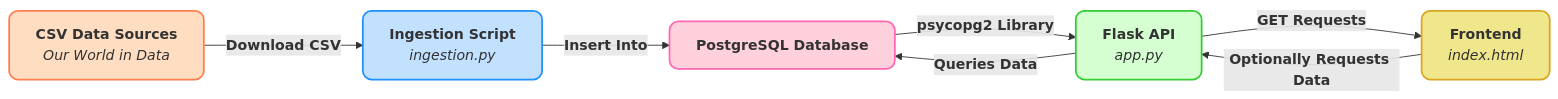
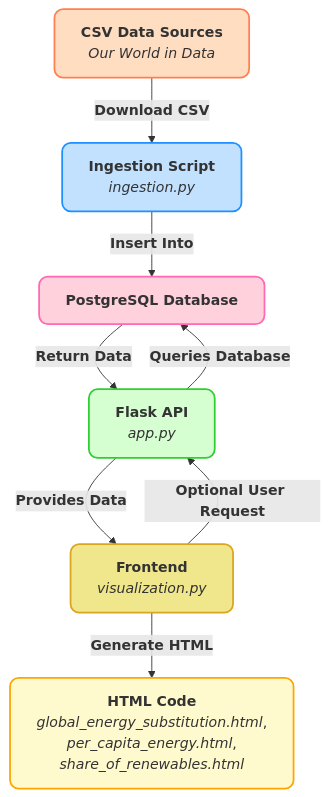
One commit to cbilinski101/Project-3 changed the first of 3 diagrams in README.md. Above: the diagram before and after it, drawn with Mermaid.

Commit message:
Flowchart Update

````diff
--- a/README.md
+++ b/README.md
@@ -172,16 +172,20 @@
 ```mermaid
 %% Modern Themed Flowchart
-flowchart LR
+flowchart TB
 style A fill:#FFDDC1,stroke:#FF7F50,stroke-width:2px,rx:10px,ry:10px
 style B fill:#C1E1FF,stroke:#1E90FF,stroke-width:2px,rx:10px,ry:10px
 style C fill:#FFD1DC,stroke:#FF69B4,stroke-width:2px,rx:10px,ry:10px
 style D fill:#D5FFD1,stroke:#32CD32,stroke-width:2px,rx:10px,ry:10px
 style E fill:#F0E68C,stroke:#DAA520,stroke-width:2px,rx:10px,ry:10px
+style F fill:#FFFACD,stroke:#FFA500,stroke-width:2px,rx:10px,ry:10px
 
 A["<b>CSV Data Sources</b><br><i>Our World in Data</i>"] -->|<b>Download CSV</b>| B[<b>Ingestion Script</b><br><i>ingestion.py</i>]
 B -->|<b>Insert Into</b>| C[<b>PostgreSQL Database</b>]
-C -->|<b>psycopg2 Library</b>| D[<b>Flask API</b><br><i>app.py</i>]
-D -->|<b>GET Requests</b>| E[<b>Frontend</b><br><i>index.html</i>]
-E -->|<b>Optionally Requests Data</b>| D
-D -->|<b>Queries Data</b>| C
+C -->|<b>Return Data</b>| D[<b>Flask API</b><br><i>app.py</i>]
+D -->|<b>Provides Data</b>| E[<b>Frontend</b><br><i>visualization.py</i>]
+E -->|<b>Generate HTML</b>| F[<b>HTML Code</b><br><i>global_energy_substitution.html</i>,<br><i>per_capita_energy.html</i>,<br><i>share_of_renewables.html</i>]
+
+%% Looping Processes
+E --> |<b>Optional User Request</b>| D
+D --> |<b>Queries Database</b>| C
 ```
````
